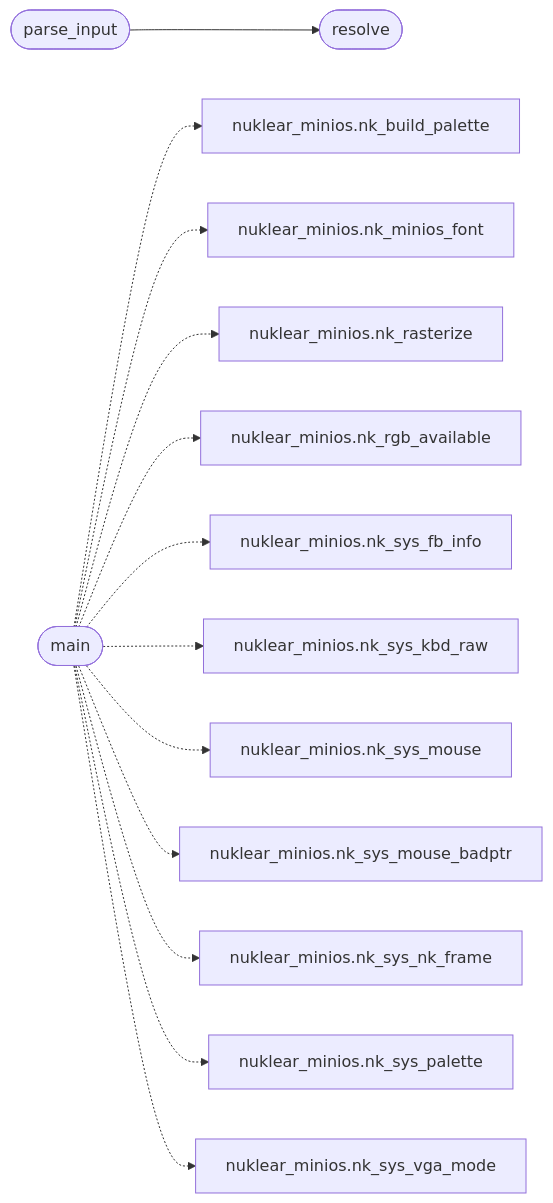
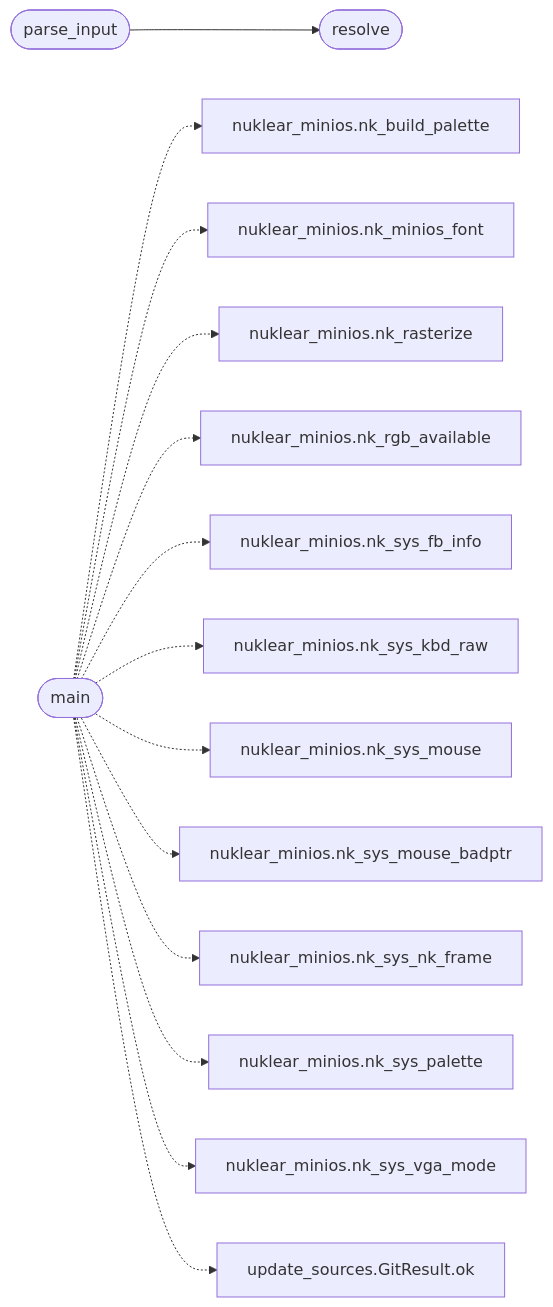
Before and after one commit to grisuno/miniOS: the second of 2 diagrams in readmenator-apidocs/modules/progs.nuklear.node_editor.c.md, drawn with Mermaid. The commit also changed other lines of this file and 90 other files, not shown here.

````diff
--- a/readmenator-apidocs/modules/progs.nuklear.node_editor.c.md
+++ b/readmenator-apidocs/modules/progs.nuklear.node_editor.c.md
@@ -28,29 +28,31 @@
 ```mermaid
 flowchart LR
     n_progs_nuklear_node_editor_c__parse_input(["parse_input"])
     n_progs_nuklear_node_editor_c__resolve(["resolve"])
     n_progs_nuklear_node_editor_c__main(["main"])
     n_progs_nuklear_nuklear_minios_h__nk_build_palette["nuklear_minios.nk_build_palette"]
     n_progs_nuklear_nuklear_minios_h__nk_minios_font["nuklear_minios.nk_minios_font"]
     n_progs_nuklear_nuklear_minios_h__nk_rasterize["nuklear_minios.nk_rasterize"]
     n_progs_nuklear_nuklear_minios_h__nk_rgb_available["nuklear_minios.nk_rgb_available"]
     n_progs_nuklear_nuklear_minios_h__nk_sys_fb_info["nuklear_minios.nk_sys_fb_info"]
     n_progs_nuklear_nuklear_minios_h__nk_sys_kbd_raw["nuklear_minios.nk_sys_kbd_raw"]
     n_progs_nuklear_nuklear_minios_h__nk_sys_mouse["nuklear_minios.nk_sys_mouse"]
     n_progs_nuklear_nuklear_minios_h__nk_sys_mouse_badptr["nuklear_minios.nk_sys_mouse_badptr"]
     n_progs_nuklear_nuklear_minios_h__nk_sys_nk_frame["nuklear_minios.nk_sys_nk_frame"]
     n_progs_nuklear_nuklear_minios_h__nk_sys_palette["nuklear_minios.nk_sys_palette"]
     n_progs_nuklear_nuklear_minios_h__nk_sys_vga_mode["nuklear_minios.nk_sys_vga_mode"]
+    n_tools_update_sources_py__GitResult_ok["update_sources.GitResult.ok"]
     n_progs_nuklear_node_editor_c__parse_input --> n_progs_nuklear_node_editor_c__resolve
     n_progs_nuklear_node_editor_c__main -.-> n_progs_nuklear_nuklear_minios_h__nk_build_palette
     n_progs_nuklear_node_editor_c__main -.-> n_progs_nuklear_nuklear_minios_h__nk_minios_font
     n_progs_nuklear_node_editor_c__main -.-> n_progs_nuklear_nuklear_minios_h__nk_rasterize
     n_progs_nuklear_node_editor_c__main -.-> n_progs_nuklear_nuklear_minios_h__nk_rgb_available
     n_progs_nuklear_node_editor_c__main -.-> n_progs_nuklear_nuklear_minios_h__nk_sys_fb_info
     n_progs_nuklear_node_editor_c__main -.-> n_progs_nuklear_nuklear_minios_h__nk_sys_kbd_raw
     n_progs_nuklear_node_editor_c__main -.-> n_progs_nuklear_nuklear_minios_h__nk_sys_mouse
     n_progs_nuklear_node_editor_c__main -.-> n_progs_nuklear_nuklear_minios_h__nk_sys_mouse_badptr
     n_progs_nuklear_node_editor_c__main -.-> n_progs_nuklear_nuklear_minios_h__nk_sys_nk_frame
     n_progs_nuklear_node_editor_c__main -.-> n_progs_nuklear_nuklear_minios_h__nk_sys_palette
     n_progs_nuklear_node_editor_c__main -.-> n_progs_nuklear_nuklear_minios_h__nk_sys_vga_mode
+    n_progs_nuklear_node_editor_c__main -.-> n_tools_update_sources_py__GitResult_ok
 ```
````
